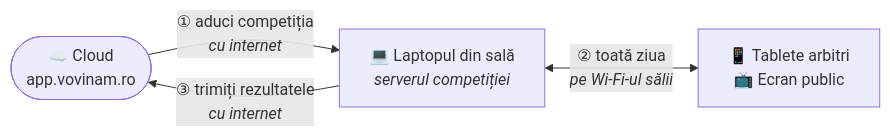
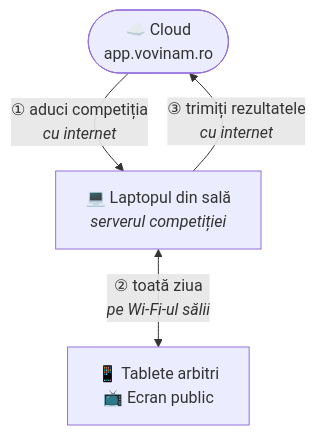
One commit to gabimolocea/vovinam-admin changed the first of 4 diagrams in docs/GHID_COMPETITIE_LOCALA.md. Above: the diagram before and after it, drawn with Mermaid. The commit also changed other lines of this file, not shown here.

Commit message:
Turn the two wide diagrams in the LAN guide upright
Pe GitHub, containerul in care se deseneaza o diagrama nu se intinde, iar
butoanele de zoom stau peste coltul din dreapta. Cele doua diagrame pe
orizontala - ansamblul si traseul de dupa competitie - ieseau din el, asa ca
ultimul nod din fiecare ajungea pe jumatate sub butoane: "Tablete arbitri /
Ecran public" la prima, "Finalizeaza" la a doua. Adica exact capatul la care
duce tot desenul.

Pe verticala intra amandoua (328 si 276 px, fata de ~800 cat are coloana) si
se citesc la fel de bine. La ansamblu, cele doua sageti dintre cloud si
laptop stau acum una langa alta, ce intra si ce iese, ceea ce e chiar mai
limpede decat erau in sir.

Celelalte doua diagrame erau deja pe verticala si aratau bine; nu s-au atins.

````diff
--- a/docs/GHID_COMPETITIE_LOCALA.md
+++ b/docs/GHID_COMPETITIE_LOCALA.md
@@ -6,9 +6,9 @@
 ```mermaid
-flowchart LR
+flowchart TD
     C(["☁️ Cloud<br/>app.vovinam.ro"])
     L["💻 Laptopul din sală<br/><i>serverul competiției</i>"]
     D["📱 Tablete arbitri<br/>📺 Ecran public"]
     C -- "① aduci competiția<br/><i>cu internet</i>" --> L
+    L -- "③ trimiți rezultatele<br/><i>cu internet</i>" --> C
     L <-- "② toată ziua<br/><i>pe Wi-Fi-ul sălii</i>" --> D
-    L -- "③ trimiți rezultatele<br/><i>cu internet</i>" --> C
 ```
````
